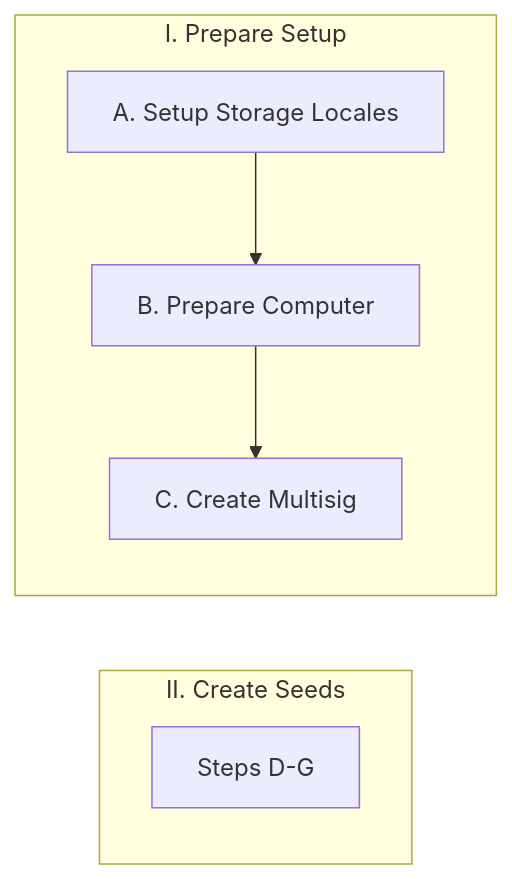
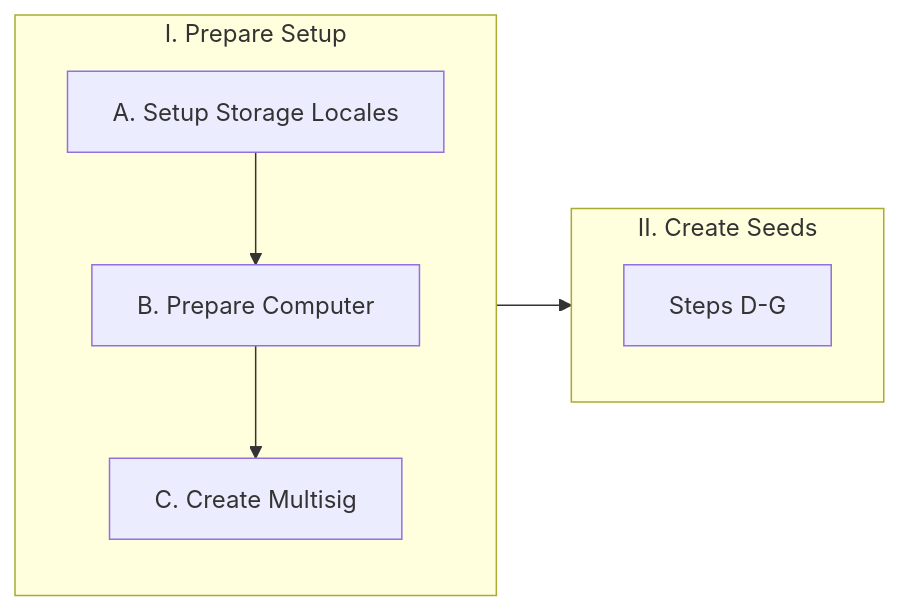
One commit to BlockchainCommons/SmartCustody changed the diagram in Docs/Scenario-Multisig.md. Above: the diagram before and after it, drawn with Mermaid.

````diff
--- a/Docs/Scenario-Multisig.md
+++ b/Docs/Scenario-Multisig.md
@@ -146,12 +146,13 @@
 ```mermaid
 graph LR;
     subgraph 1[I. Prepare Setup]
     A[A. Setup Storage Locales]
     B[B. Prepare Computer]
     C[C. Create Multisig]
     A-->B-->C
     end
     subgraph 2[II. Create Seeds]
     D[Steps D-G]
     end
+    1-->2
 ```
````
